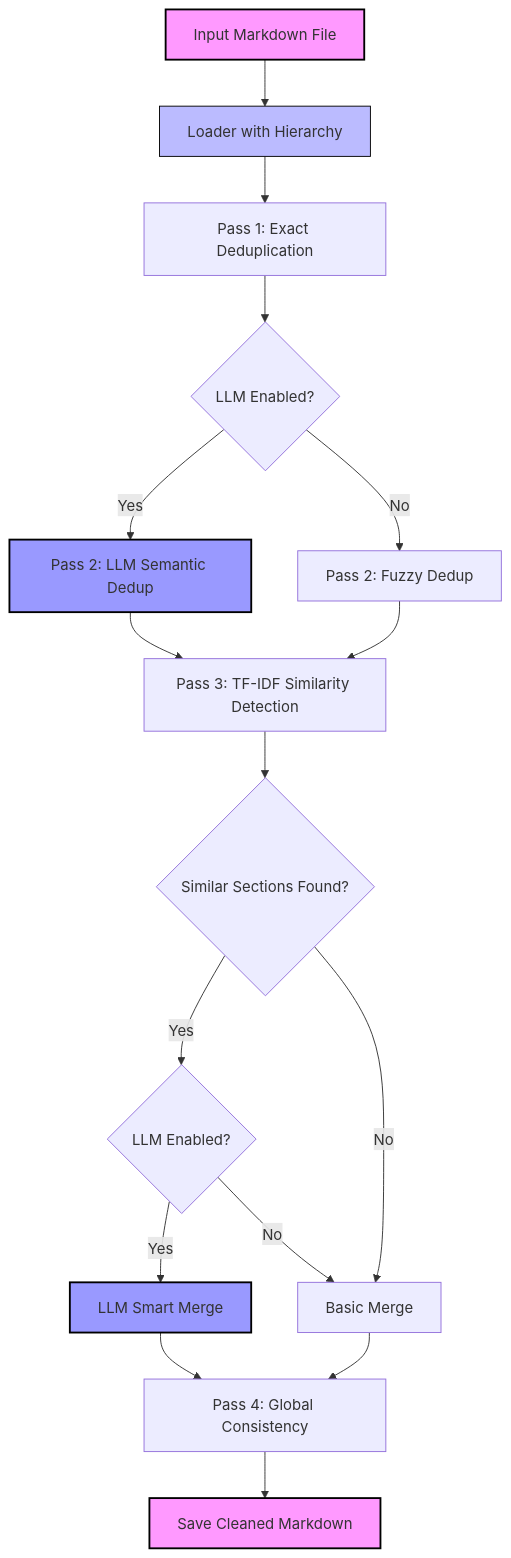
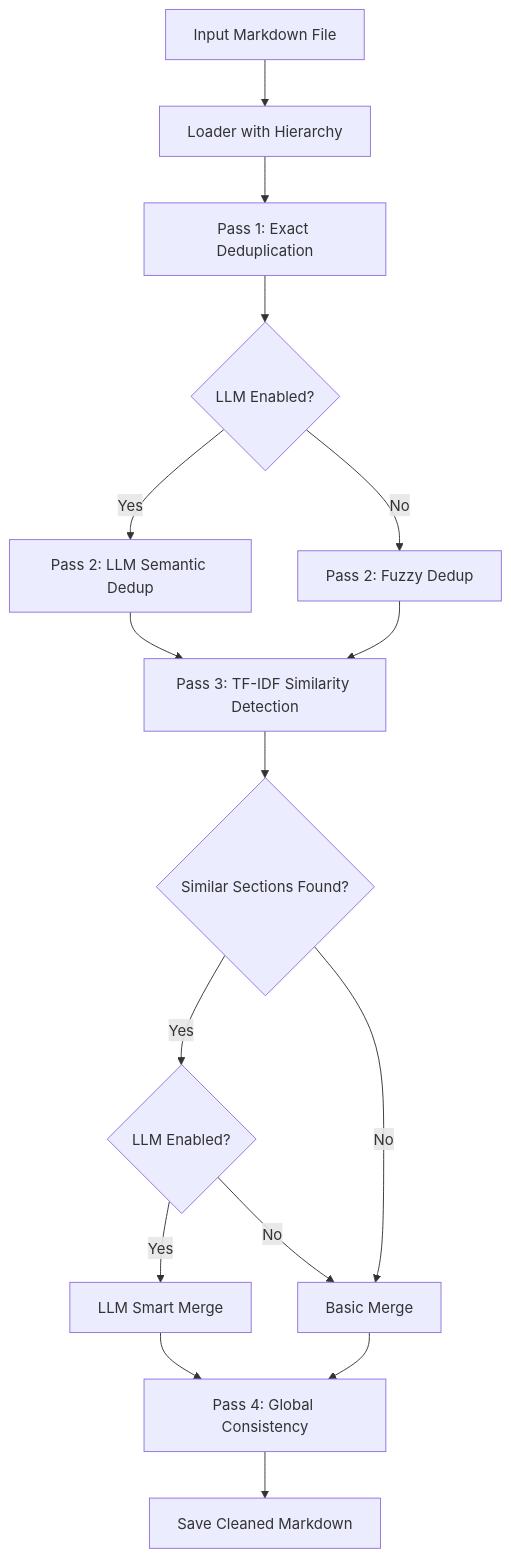
One commit to talha-yousuf/langchain-md-deduplicator-agent changed the diagram in README.md. Above: the diagram before and after it, drawn with Mermaid.

Commit message:
fix: colors in arch diagram

````diff
--- a/README.md
+++ b/README.md
@@ -86,24 +86,18 @@
 ```mermaid
 flowchart TD
     A[Input Markdown File] --> B[Loader with Hierarchy]
     B --> C[Pass 1: Exact Deduplication]
     C --> D{LLM Enabled?}
     D -->|Yes| E[Pass 2: LLM Semantic Dedup]
     D -->|No| F[Pass 2: Fuzzy Dedup]
     E --> G[Pass 3: TF-IDF Similarity Detection]
     F --> G
     G --> H{Similar Sections Found?}
     H -->|Yes| I{LLM Enabled?}
     H -->|No| K
     I -->|Yes| J[LLM Smart Merge]
     I -->|No| K[Basic Merge]
     J --> L[Pass 4: Global Consistency]
     K --> L
     L --> M[Save Cleaned Markdown]
-
-    style A fill:#f9f,stroke:#000,stroke-width:2px
-    style B fill:#bbf,stroke:#000,stroke-width:1px
-    style E fill:#99f,stroke:#000,stroke-width:2px
-    style J fill:#99f,stroke:#000,stroke-width:2px
-    style M fill:#f9f,stroke:#000,stroke-width:2px
 ```
````
